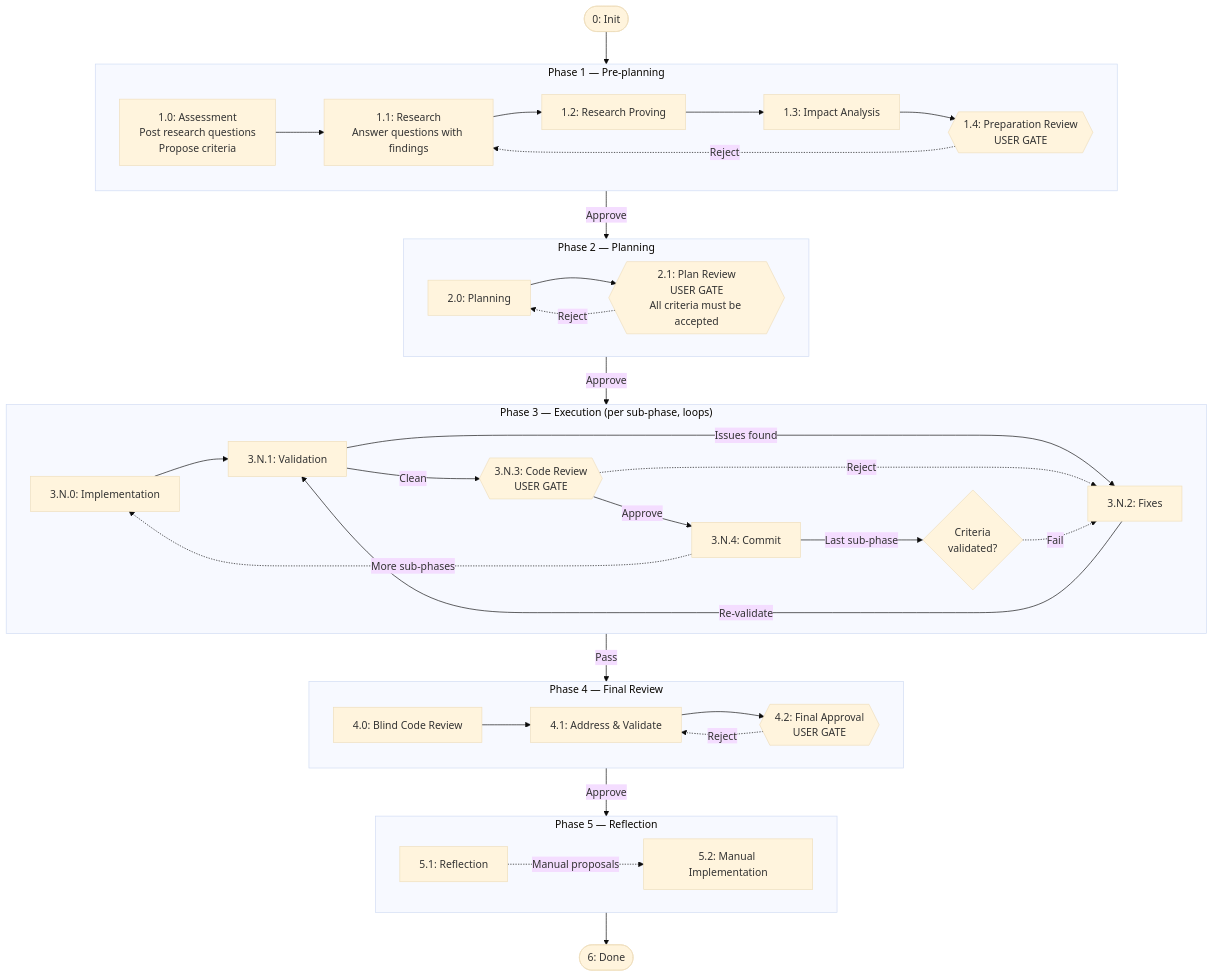
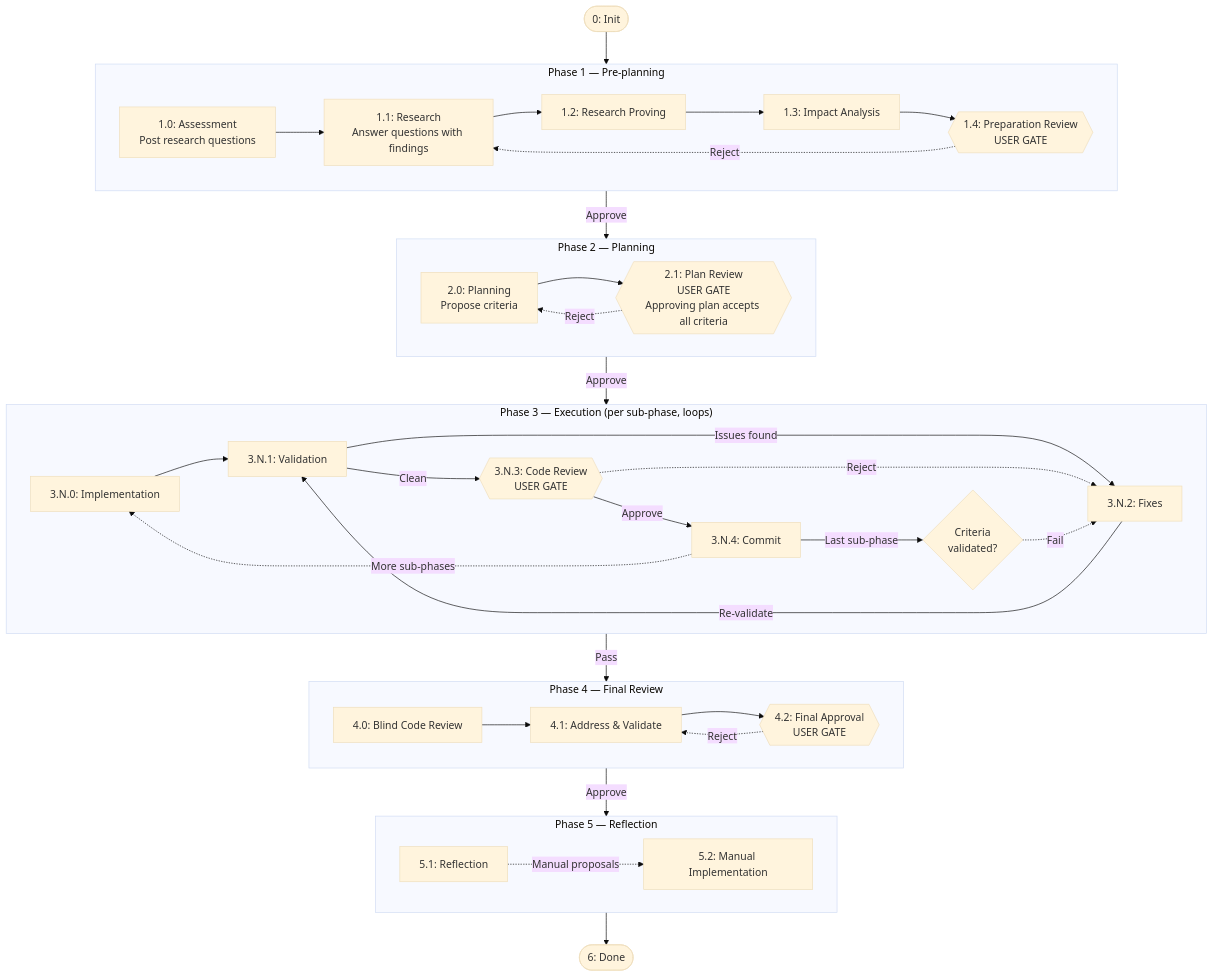
One commit to IgnatRozhkoTR/governed-workflow changed the diagram in README.md. Above: the diagram before and after it, drawn with Mermaid (base theme). The commit also changed other lines of this file and 50 other files, not shown here.

First line of the commit message:
Merge scope and acceptance criteria into the plan with a single approval.

````diff
--- a/README.md
+++ b/README.md
@@ -11,49 +11,49 @@
 ```mermaid
 flowchart TB
     Start([0: Init])
 
     subgraph P1["Phase 1 — Pre-planning"]
         direction LR
-        A["1.0: Assessment<br/>Post research questions<br/>Propose criteria"] --> R["1.1: Research<br/>Answer questions with findings"] --> RP["1.2: Research Proving"] --> IA["1.3: Impact Analysis"] --> G1{{"1.4: Preparation Review<br/>USER GATE"}}
+        A["1.0: Assessment<br/>Post research questions"] --> R["1.1: Research<br/>Answer questions with findings"] --> RP["1.2: Research Proving"] --> IA["1.3: Impact Analysis"] --> G1{{"1.4: Preparation Review<br/>USER GATE"}}
         G1 -.->|Reject| R
     end
 
     subgraph P2["Phase 2 — Planning"]
         direction LR
-        PL["2.0: Planning"] --> G2{{"2.1: Plan Review<br/>USER GATE<br/>All criteria must be accepted"}}
+        PL["2.0: Planning<br/>Propose criteria"] --> G2{{"2.1: Plan Review<br/>USER GATE<br/>Approving plan accepts all criteria"}}
         G2 -.->|Reject| PL
     end
 
     subgraph P3["Phase 3 — Execution (per sub-phase, loops)"]
         direction LR
         IM["3.N.0: Implementation"] --> V["3.N.1: Validation"]
         V -->|Clean| G3{{"3.N.3: Code Review<br/>USER GATE"}}
         V -->|Issues found| F["3.N.2: Fixes"]
         F -->|Re-validate| V
         G3 -->|Approve| C["3.N.4: Commit"]
         G3 -.->|Reject| F
         C -.->|More sub-phases| IM
         C -->|Last sub-phase| CV{"Criteria<br/>validated?"}
         CV -.->|Fail| F
     end
 
     subgraph P4["Phase 4 — Final Review"]
         direction LR
         BR["4.0: Blind Code Review"] --> AV["4.1: Address & Validate"] --> G4{{"4.2: Final Approval<br/>USER GATE"}}
         G4 -.->|Reject| AV
     end
 
     subgraph P5["Phase 5 — Reflection"]
         direction LR
         REF["5.1: Reflection"] -.->|Manual proposals| MI["5.2: Manual Implementation"]
     end
 
     Finish([6: Done])
 
     Start --> P1
     P1 -->|Approve| P2
     P2 -->|Approve| P3
     P3 -->|Pass| P4
     P4 -->|Approve| P5
     P5 --> Finish
 ```
````
